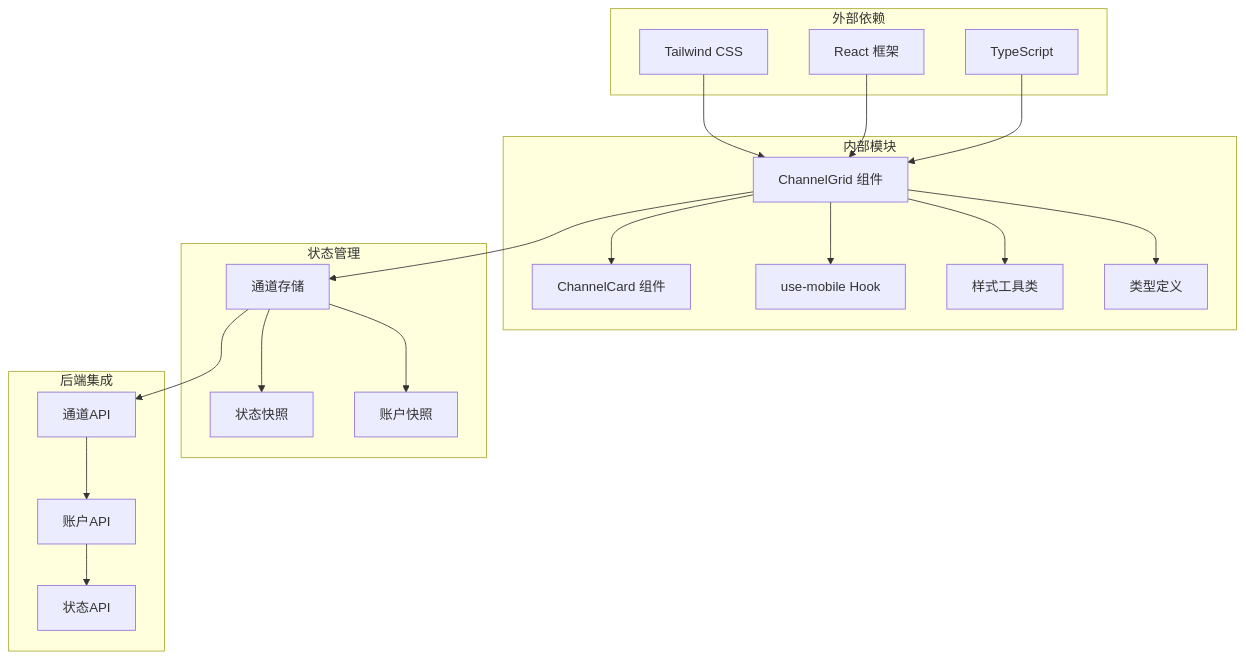
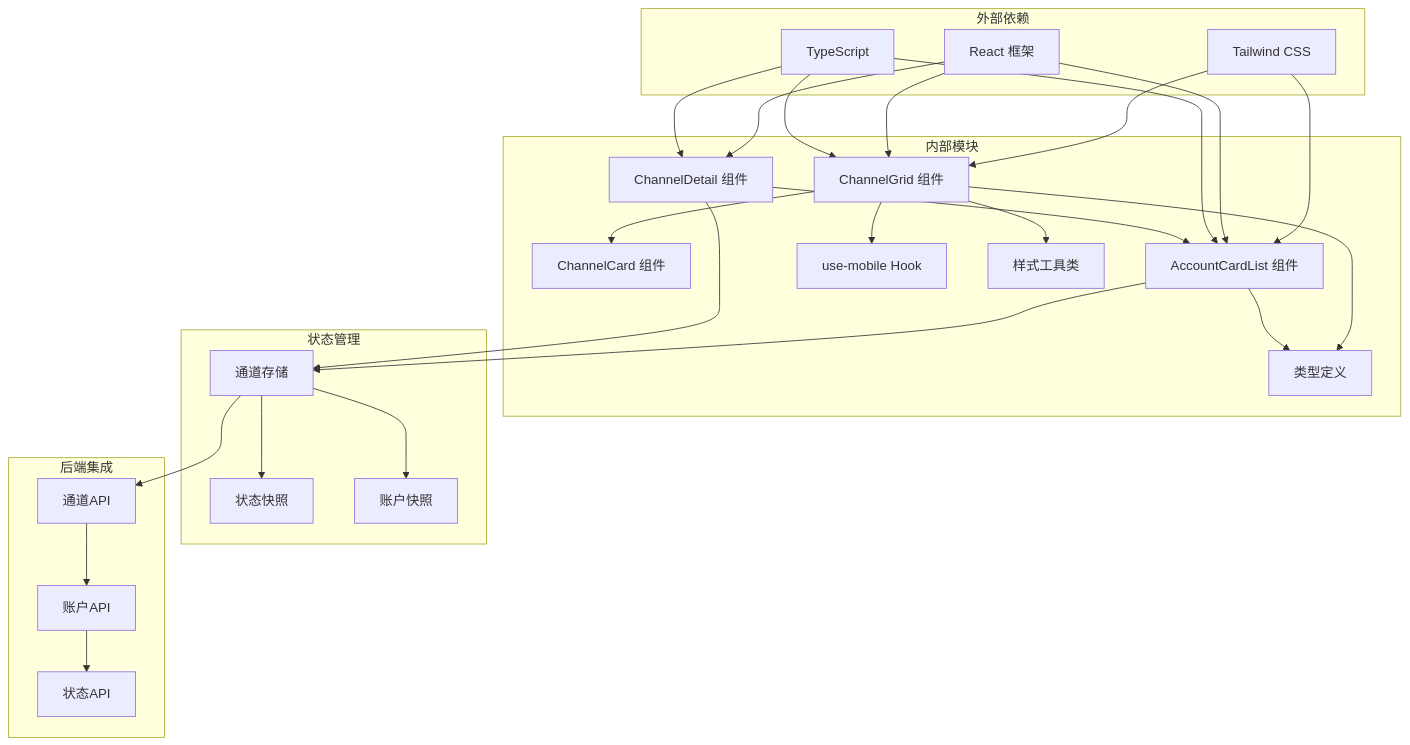
The seventh of 7 diagrams in .qoder/repowiki/zh/content/Web界面/UI组件系统/通道网格布局系统.md (verse-ai-org/openclaw), drawn with Mermaid before and after one commit. The commit also changed other lines of this file and 86 other files, not shown here.

````diff
--- a/.qoder/repowiki/zh/content/Web界面/UI组件系统/通道网格布局系统.md
+++ b/.qoder/repowiki/zh/content/Web界面/UI组件系统/通道网格布局系统.md
@@ -291,38 +450,48 @@
 ```mermaid
 graph TB
 subgraph "外部依赖"
 TailwindCSS[Tailwind CSS]
 React[React 框架]
 TypeScript[TypeScript]
 end
 subgraph "内部模块"
 ChannelGrid[ChannelGrid 组件]
 ChannelCard[ChannelCard 组件]
+AccountCardList[AccountCardList 组件]
+ChannelDetail[ChannelDetail 组件]
 MobileHook[use-mobile Hook]
 StyleUtils[样式工具类]
 TypeDefinitions[类型定义]
 end
 subgraph "状态管理"
 ChannelsStore[通道存储]
 StatusSnapshot[状态快照]
 AccountSnapshot[账户快照]
 end
 subgraph "后端集成"
 ChannelAPI[通道API]
 AccountAPI[账户API]
 StatusAPI[状态API]
 end
 TailwindCSS --> ChannelGrid
+TailwindCSS --> AccountCardList
 React --> ChannelGrid
+React --> AccountCardList
+React --> ChannelDetail
 TypeScript --> ChannelGrid
+TypeScript --> AccountCardList
+TypeScript --> ChannelDetail
 ChannelGrid --> ChannelCard
 ChannelGrid --> MobileHook
 ChannelGrid --> StyleUtils
 ChannelGrid --> TypeDefinitions
-ChannelGrid --> ChannelsStore
+ChannelDetail --> AccountCardList
+AccountCardList --> TypeDefinitions
+AccountCardList --> ChannelsStore
+ChannelDetail --> ChannelsStore
 ChannelsStore --> StatusSnapshot
 ChannelsStore --> AccountSnapshot
 ChannelsStore --> ChannelAPI
 ChannelAPI --> AccountAPI
 AccountAPI --> StatusAPI
 ```
````
